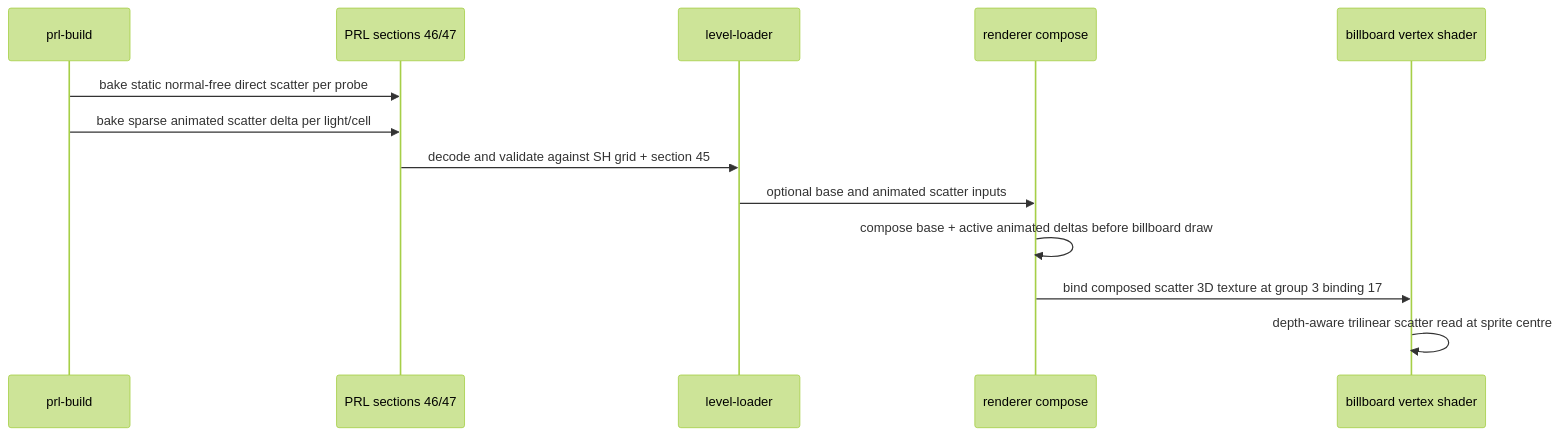
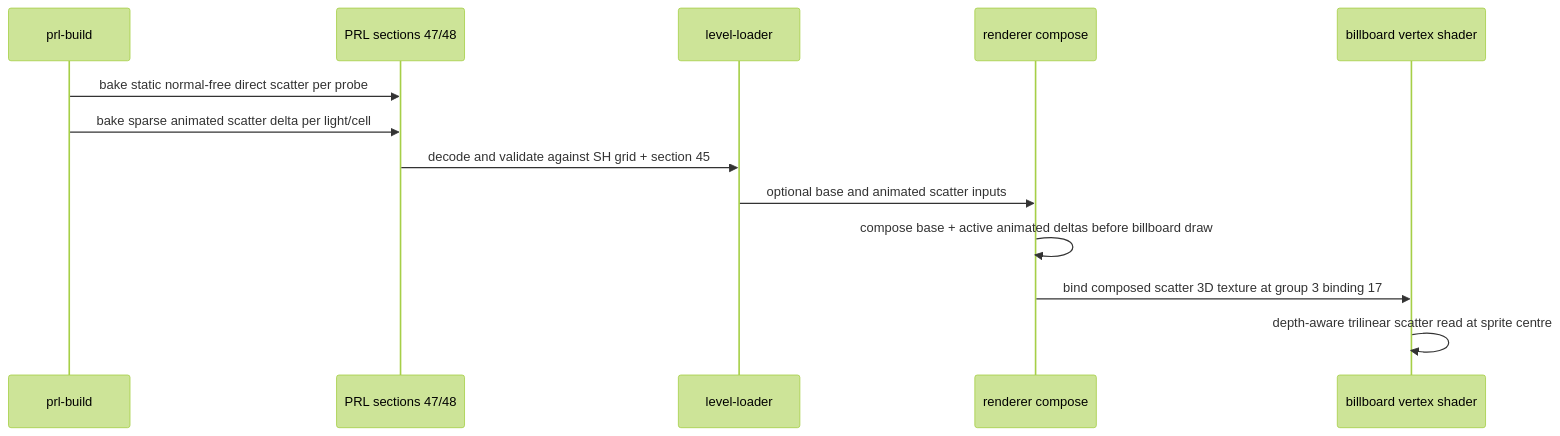
Before and after one commit to majtom2grndctrl/postretro: the diagram in context/plans/drafts/billboard-volumetric-direct-lighting/research.md, drawn with Mermaid (forest theme). The commit also changed other lines of this file and 1 other file, not shown here.

````diff
--- a/context/plans/drafts/billboard-volumetric-direct-lighting/research.md
+++ b/context/plans/drafts/billboard-volumetric-direct-lighting/research.md
@@ -27,16 +27,16 @@
 ```mermaid
 sequenceDiagram
     participant C as prl-build
-    participant F as PRL sections 46/47
+    participant F as PRL sections 47/48
     participant L as level-loader
     participant R as renderer compose
     participant B as billboard vertex shader
 
     C->>F: bake static normal-free direct scatter per probe
     C->>F: bake sparse animated scatter delta per light/cell
     F->>L: decode and validate against SH grid + section 45
     L->>R: optional base and animated scatter inputs
     R->>R: compose base + active animated deltas before billboard draw
     R->>B: bind composed scatter 3D texture at group 3 binding 17
     B->>B: depth-aware trilinear scatter read at sprite centre
 ```
````
